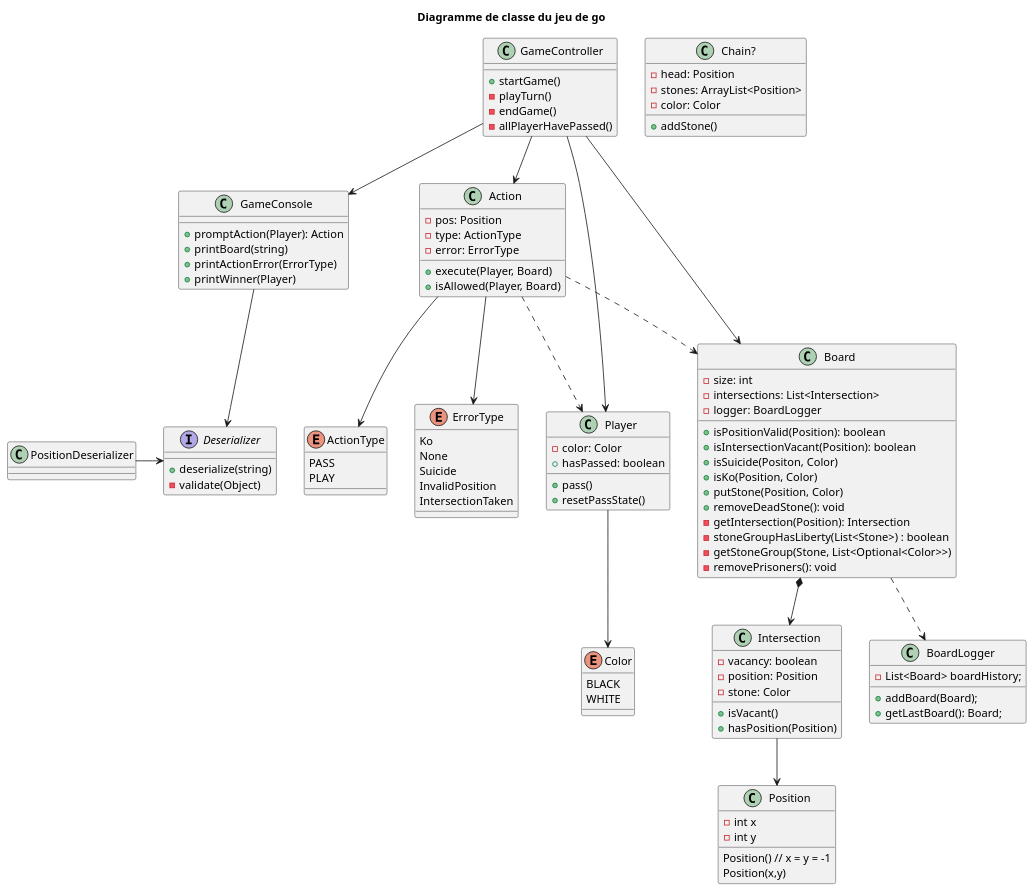
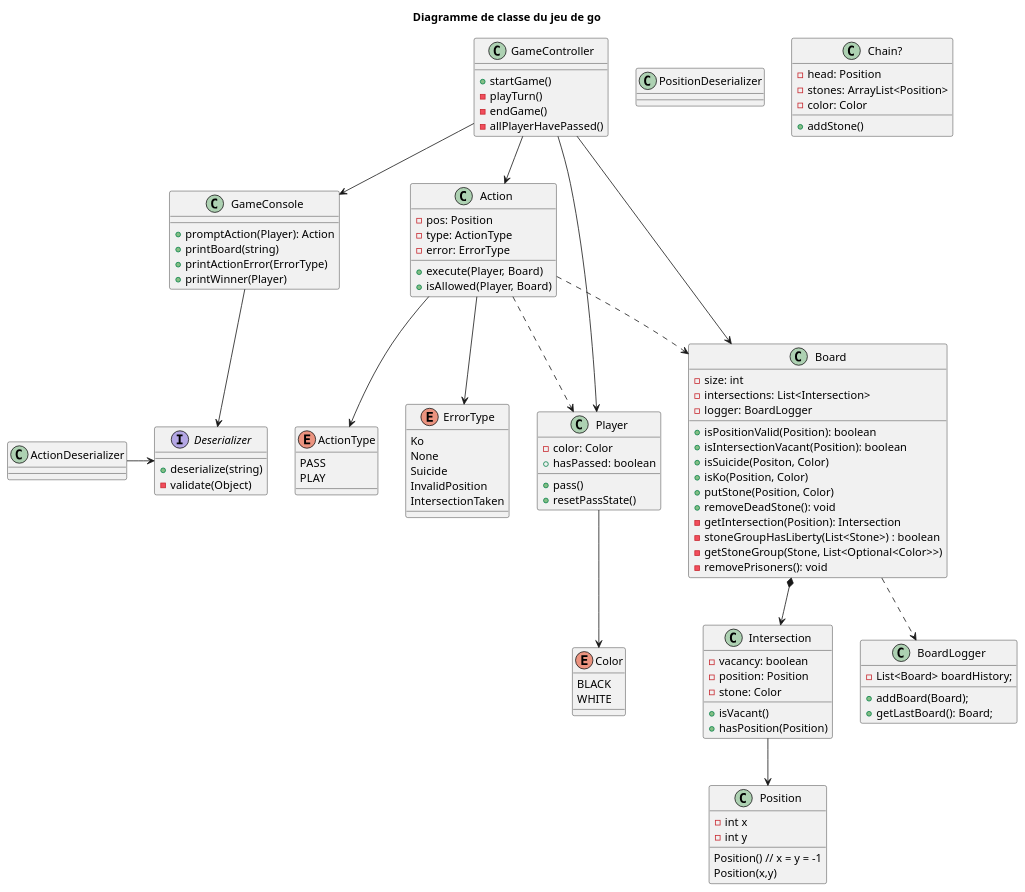
Before and after one commit to pierrelucueisd/compteurpoints-jeu-go-java: the diagram in Conception.puml, drawn with PlantUML. The commit also changed 13 other files, not shown here.

```diff
--- a/Conception.puml
+++ b/Conception.puml
@@ -1,125 +1,125 @@
 @startuml
 
 title Diagramme de classe du jeu de go
 
 class GameController {
     + startGame()
     - playTurn()
     - endGame()
     - allPlayerHavePassed()
 }
 
 class GameConsole {
     + promptAction(Player): Action
     + printBoard(string)
     + printActionError(ErrorType)
     + printWinner(Player)
 }
 
 interface Deserializer {
     + deserialize(string)
     - validate(Object)
 }
 
 class PositionDeserializer {
 }
 
 class Action {
     - pos: Position
     - type: ActionType
     - error: ErrorType
     + execute(Player, Board)
     + isAllowed(Player, Board)
 }
 
 enum ActionType {
     PASS
     PLAY
 }
 
 enum ErrorType {
     Ko
     None
     Suicide
     InvalidPosition
     IntersectionTaken
 }
 
 class Player{
     - color: Color
     + hasPassed: boolean
     + pass()
     + resetPassState()
 }
 
 enum Color{
     BLACK
     WHITE
 }
 
 class Board {
     - size: int
     - intersections: List<Intersection>
     - logger: BoardLogger
     + isPositionValid(Position): boolean
     + isIntersectionVacant(Position): boolean
     + isSuicide(Positon, Color)
     + isKo(Position, Color)
     + putStone(Position, Color)
     + removeDeadStone(): void
     - getIntersection(Position): Intersection
     - stoneGroupHasLiberty(List<Stone>) : boolean
     - getStoneGroup(Stone, List<Optional<Color>>)
     - removePrisoners(): void
 }
 
 class BoardLogger {
     - List<Board> boardHistory;
     + addBoard(Board);
     + getLastBoard(): Board;
 }
 
 class Chain? {
 - head: Position
 - stones: ArrayList<Position>
 - color: Color
 + addStone()
 }
 
 class Intersection {
     - vacancy: boolean
     - position: Position
     - stone: Color
     + isVacant()
     + hasPosition(Position)
 }
 
 class Position {
     Position() // x = y = -1
     Position(x,y)
     - int x
     - int y
 }
 
 Action --> ActionType
 Action -.> Player
 Action -.> Board
 Action --> ErrorType
 
 Intersection --> Position
 
 Board *--> Intersection
 Board -.> BoardLogger
 
 GameController --> Action
 GameController --> Board
 GameController --> Player
 GameController --> GameConsole
 
 GameConsole --> Deserializer
 
-PositionDeserializer -> Deserializer
+ActionDeserializer -> Deserializer
 
 Player --> Color
 
 @enduml
```
